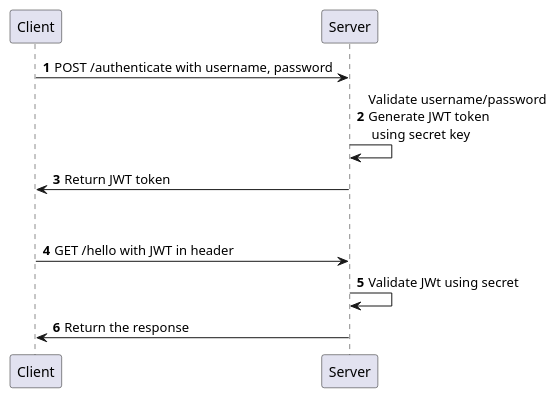
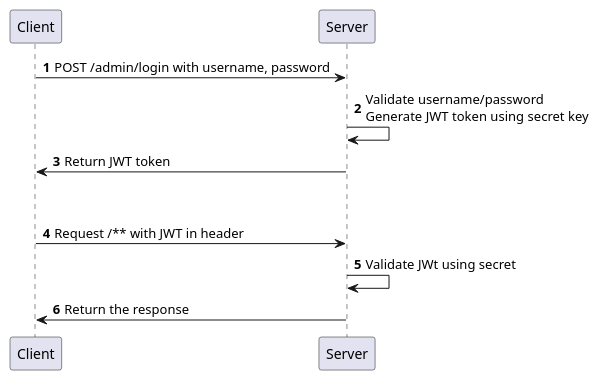
The diagram in diagram/jwt-auth.puml (truongvantuan/gg-admin), drawn with PlantUML before and after one commit. The commit also changed 17 other files, not shown here.

```diff
--- a/diagram/jwt-auth.puml
+++ b/diagram/jwt-auth.puml
@@ -1,10 +1,10 @@
 @startuml
 autonumber
-Client -> Server : POST /authenticate with username, password
-Server -> Server : Validate username/password\nGenerate JWT token\n using secret key
+Client -> Server : POST /admin/login with username, password
+Server -> Server : Validate username/password\nGenerate JWT token using secret key
 Server -> Client : Return JWT token
 ||40||
-Client -> Server : GET /hello with JWT in header
+Client -> Server : Request /** with JWT in header
 Server -> Server : Validate JWt using secret
 Server -> Client : Return the response
 @enduml
```
